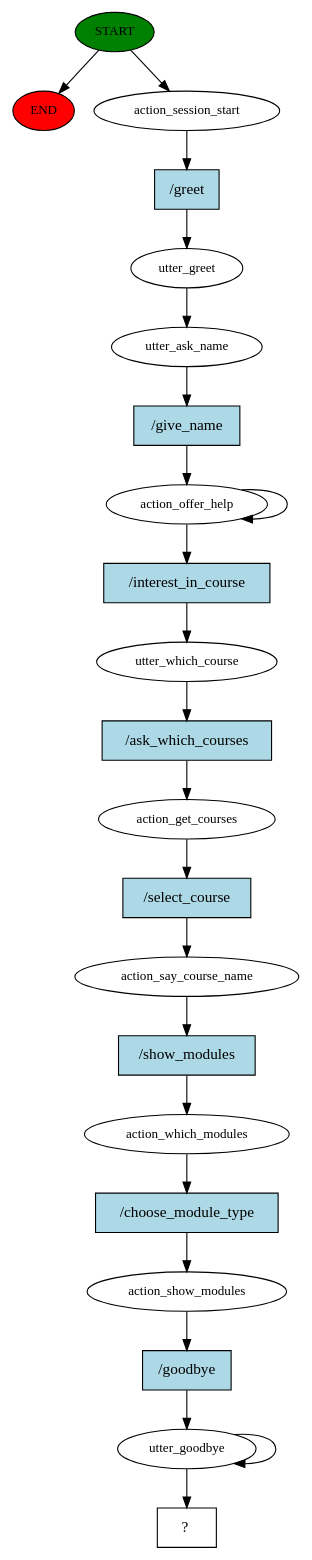
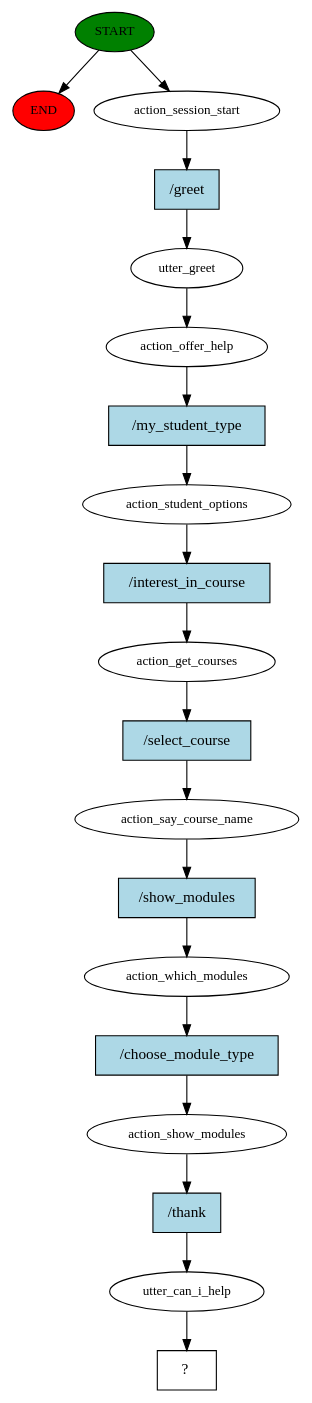
One commit to Alex-Tomo/kv6003 changed the diagram in rasa/story_graph.dot. Above: the diagram before and after it, drawn with Graphviz. The commit also changed 40 other files, not shown here.

```diff
--- a/rasa/story_graph.dot
+++ b/rasa/story_graph.dot
@@ -1,45 +1,39 @@
 digraph  {
 0 [class="start active", fillcolor=green, fontsize=12, label=START, style=filled];
 "-1" [class=end, fillcolor=red, fontsize=12, label=END, style=filled];
 1 [class=active, fontsize=12, label=action_session_start];
 2 [class=active, fontsize=12, label=utter_greet];
-3 [class=active, fontsize=12, label=utter_ask_name];
-4 [class=active, fontsize=12, label=action_offer_help];
-6 [class=active, fontsize=12, label=utter_which_course];
-7 [class=active, fontsize=12, label=action_get_courses];
-8 [class=active, fontsize=12, label=action_say_course_name];
-9 [class=active, fontsize=12, label=action_which_modules];
-10 [class=active, fontsize=12, label=action_show_modules];
-11 [class=active, fontsize=12, label=utter_goodbye];
-13 [class="intent dashed active", label="  ?  ", shape=rect];
-14 [class="intent active", fillcolor=lightblue, label="/greet", shape=rect, style=filled];
-15 [class="intent active", fillcolor=lightblue, label="/give_name", shape=rect, style=filled];
-16 [class="intent active", fillcolor=lightblue, label="/interest_in_course", shape=rect, style=filled];
-17 [class="intent active", fillcolor=lightblue, label="/ask_which_courses", shape=rect, style=filled];
-18 [class="intent active", fillcolor=lightblue, label="/select_course", shape=rect, style=filled];
-19 [class="intent active", fillcolor=lightblue, label="/show_modules", shape=rect, style=filled];
-20 [class="intent active", fillcolor=lightblue, label="/choose_module_type", shape=rect, style=filled];
-21 [class="intent active", fillcolor=lightblue, label="/goodbye", shape=rect, style=filled];
+3 [class=active, fontsize=12, label=action_offer_help];
+4 [class=active, fontsize=12, label=action_student_options];
+5 [class=active, fontsize=12, label=action_get_courses];
+6 [class=active, fontsize=12, label=action_say_course_name];
+7 [class=active, fontsize=12, label=action_which_modules];
+8 [class=active, fontsize=12, label=action_show_modules];
+9 [class=active, fontsize=12, label=utter_can_i_help];
+10 [class="intent dashed active", label="  ?  ", shape=rect];
+11 [class="intent active", fillcolor=lightblue, label="/greet", shape=rect, style=filled];
+12 [class="intent active", fillcolor=lightblue, label="/my_student_type", shape=rect, style=filled];
+13 [class="intent active", fillcolor=lightblue, label="/interest_in_course", shape=rect, style=filled];
+14 [class="intent active", fillcolor=lightblue, label="/select_course", shape=rect, style=filled];
+15 [class="intent active", fillcolor=lightblue, label="/show_modules", shape=rect, style=filled];
+16 [class="intent active", fillcolor=lightblue, label="/choose_module_type", shape=rect, style=filled];
+17 [class="intent active", fillcolor=lightblue, label="/thank", shape=rect, style=filled];
 0 -> "-1"  [class="", key=NONE, label=""];
 0 -> 1  [class=active, key=NONE, label=""];
-1 -> 14  [class=active, key=0];
+1 -> 11  [class=active, key=0];
 2 -> 3  [class=active, key=NONE, label=""];
-3 -> 15  [class=active, key=0];
-4 -> 4  [class=active, key=NONE, label=""];
-4 -> 16  [class=active, key=0];
-6 -> 17  [class=active, key=0];
-7 -> 18  [class=active, key=0];
-8 -> 19  [class=active, key=0];
-9 -> 20  [class=active, key=0];
-10 -> 21  [class=active, key=0];
-11 -> 13  [class=active, key=NONE, label=""];
-11 -> 11  [class=active, key=NONE, label=""];
-14 -> 2  [class=active, key=0];
-15 -> 4  [class=active, key=0];
-16 -> 6  [class=active, key=0];
-17 -> 7  [class=active, key=0];
-18 -> 8  [class=active, key=0];
-19 -> 9  [class=active, key=0];
-20 -> 10  [class=active, key=0];
-21 -> 11  [class=active, key=0];
+3 -> 12  [class=active, key=0];
+4 -> 13  [class=active, key=0];
+5 -> 14  [class=active, key=0];
+6 -> 15  [class=active, key=0];
+7 -> 16  [class=active, key=0];
+8 -> 17  [class=active, key=0];
+9 -> 10  [class=active, key=NONE, label=""];
+11 -> 2  [class=active, key=0];
+12 -> 4  [class=active, key=0];
+13 -> 5  [class=active, key=0];
+14 -> 6  [class=active, key=0];
+15 -> 7  [class=active, key=0];
+16 -> 8  [class=active, key=0];
+17 -> 9  [class=active, key=0];
 }
```
